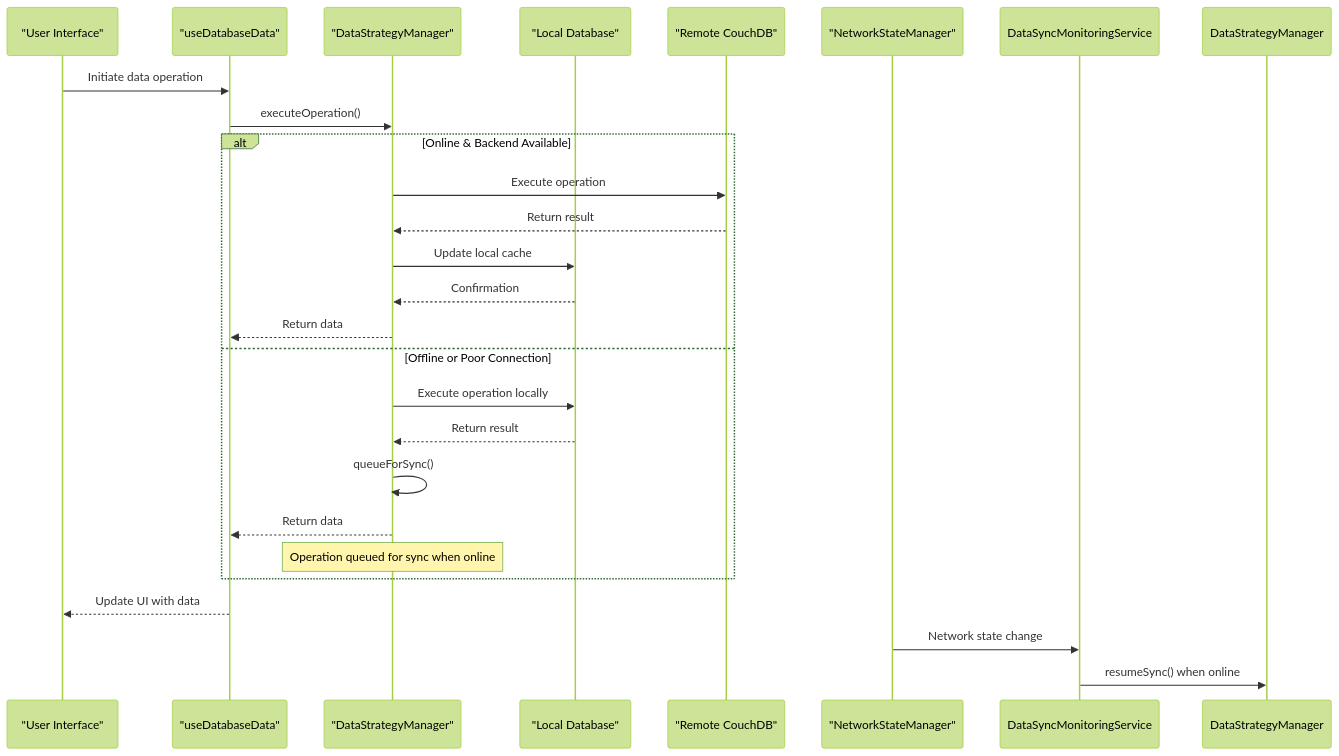
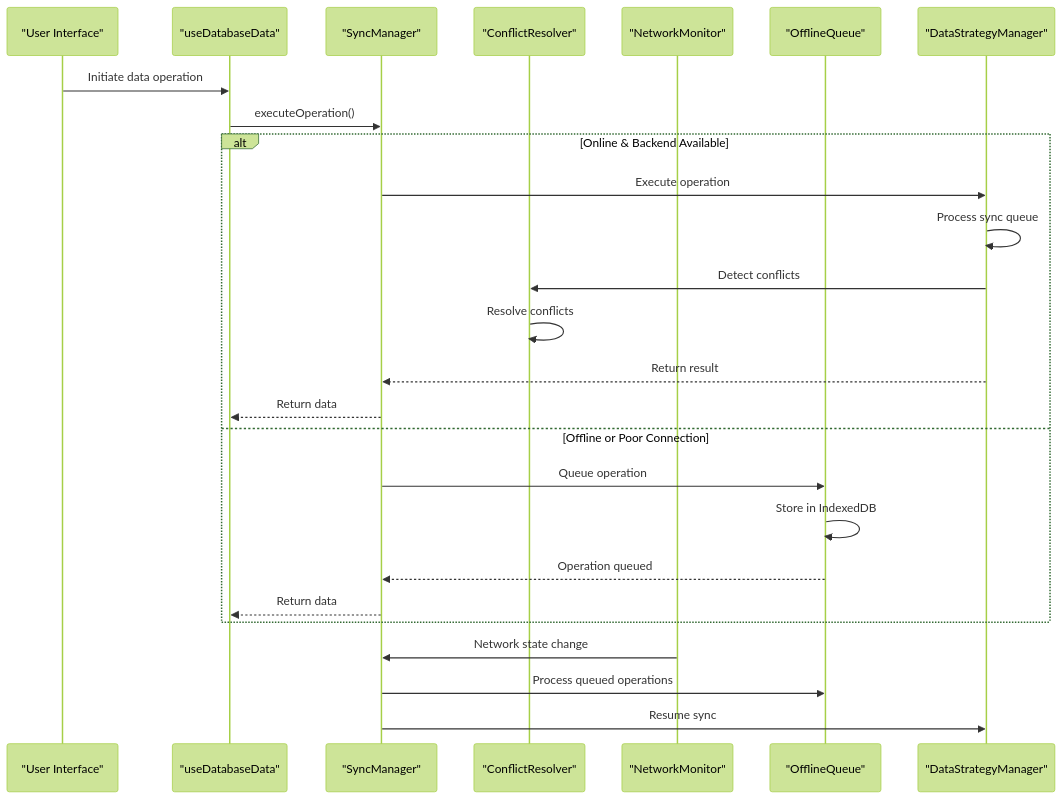
Before and after one commit to geniusdynamics/schoolpilot: the fifth of 20 diagrams in .qoder/repowiki/en/content/Architecture Overview/Data Management Architecture/Data Synchronization Workflow/Data Synchronization Workflow.md, drawn with Mermaid (forest theme). The commit also changed other lines of this file and 8 other files, not shown here.

````diff
--- a/.qoder/repowiki/en/content/Architecture Overview/Data Management Architecture/Data Synchronization Workflow/Data Synchronization Workflow.md
+++ b/.qoder/repowiki/en/content/Architecture Overview/Data Management Architecture/Data Synchronization Workflow/Data Synchronization Workflow.md
@@ -224,27 +246,28 @@
 ```mermaid
 sequenceDiagram
 participant UI as "User Interface"
 participant Hook as "useDatabaseData"
-participant Strategy as "DataStrategyManager"
-participant LocalDB as "Local Database"
-participant RemoteDB as "Remote CouchDB"
-participant Network as "NetworkStateManager"
+participant SyncManager as "SyncManager"
+participant ConflictResolver as "ConflictResolver"
+participant NetworkMonitor as "NetworkMonitor"
+participant OfflineQueue as "OfflineQueue"
+participant DataStrategyManager as "DataStrategyManager"
 UI->>Hook : Initiate data operation
-Hook->>Strategy : executeOperation()
+Hook->>SyncManager : executeOperation()
 alt Online & Backend Available
-Strategy->>RemoteDB : Execute operation
-RemoteDB-->>Strategy : Return result
-Strategy->>LocalDB : Update local cache
-LocalDB-->>Strategy : Confirmation
-Strategy-->>Hook : Return data
+SyncManager->>DataStrategyManager : Execute operation
+DataStrategyManager->>DataStrategyManager : Process sync queue
+DataStrategyManager->>ConflictResolver : Detect conflicts
+ConflictResolver->>ConflictResolver : Resolve conflicts
+DataStrategyManager-->>SyncManager : Return result
+SyncManager-->>Hook : Return data
 else Offline or Poor Connection
-Strategy->>LocalDB : Execute operation locally
-LocalDB-->>Strategy : Return result
-Strategy->>Strategy : queueForSync()
-Strategy-->>Hook : Return data
-Note over Strategy : Operation queued for sync when online
+SyncManager->>OfflineQueue : Queue operation
+OfflineQueue->>OfflineQueue : Store in IndexedDB
+OfflineQueue-->>SyncManager : Operation queued
+SyncManager-->>Hook : Return data
 end
-Hook-->>UI : Update UI with data
-Network->>DataSyncMonitoringService : Network state change
-DataSyncMonitoringService->>DataStrategyManager : resumeSync() when online
+NetworkMonitor->>SyncManager : Network state change
+SyncManager->>OfflineQueue : Process queued operations
+SyncManager->>DataStrategyManager : Resume sync
 ```
````
